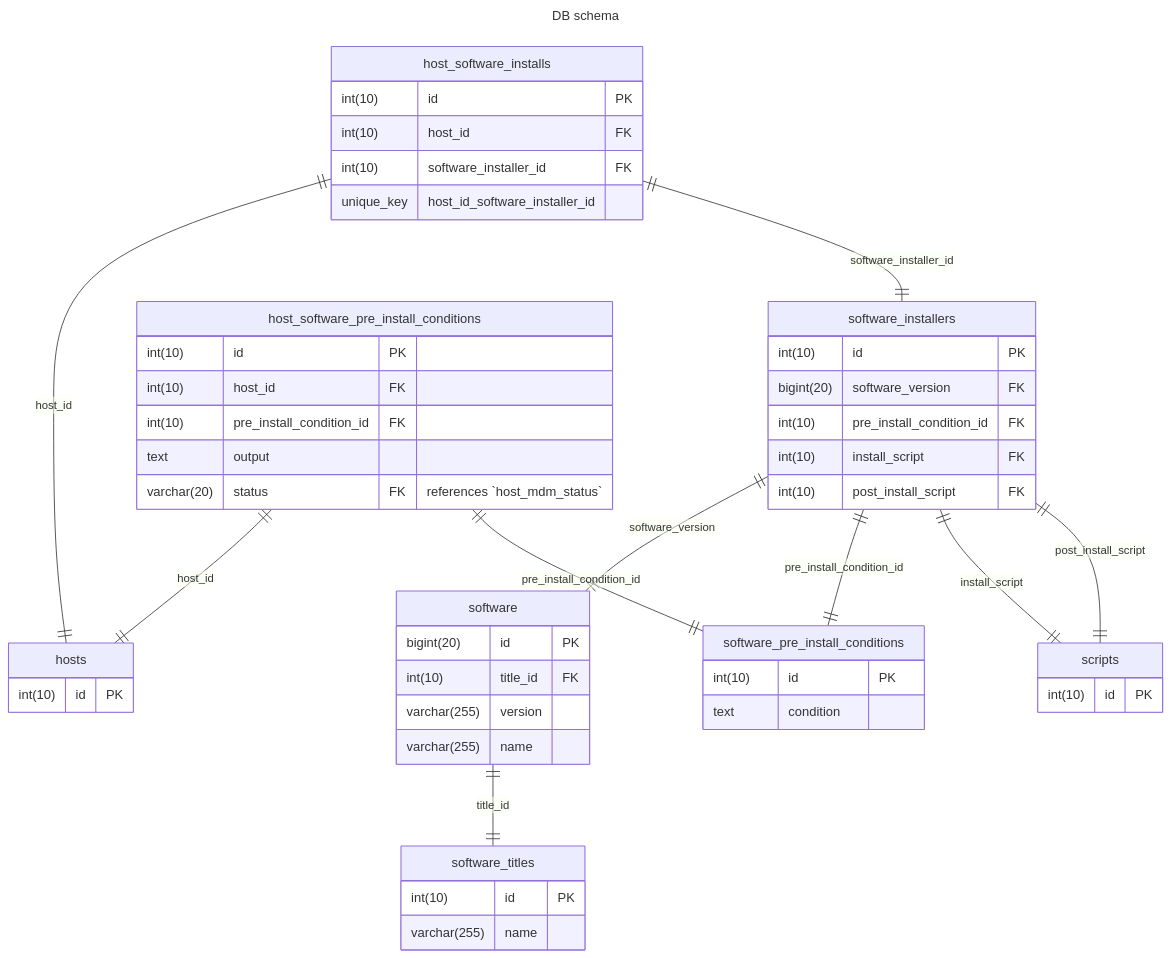
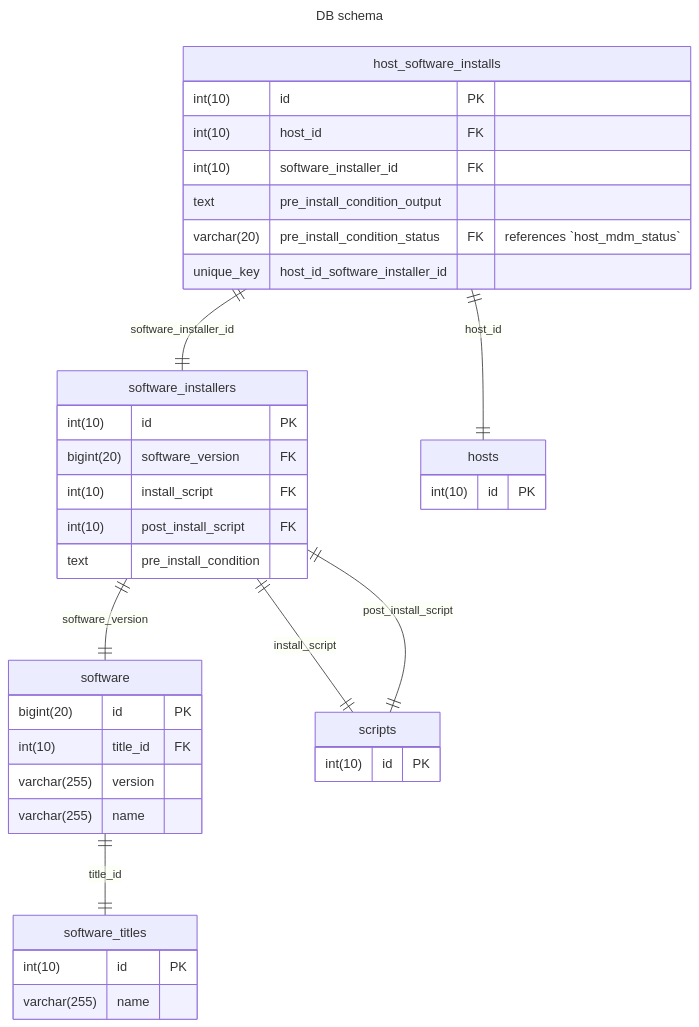
The second of 2 diagrams in docs/Contributing/research/mdm/software-manage-lifecycle.md (fleetdm/fleet), drawn with Mermaid before and after one commit.

````diff
--- a/docs/Contributing/research/mdm/software-manage-lifecycle.md
+++ b/docs/Contributing/research/mdm/software-manage-lifecycle.md
@@ -39,63 +39,49 @@
 ```mermaid
 ---
 title: DB schema
 ---
 erDiagram
   software_installers ||--|| software : "software_version"
-  software_installers ||--|| software_pre_install_conditions : "pre_install_condition_id"
   software_installers ||--|| scripts : "install_script"
   software_installers ||--|| scripts : "post_install_script"
   software_installers {
     int(10) id PK
     bigint(20) software_version FK
-    int(10) pre_install_condition_id FK
     int(10) install_script FK
     int(10) post_install_script FK
-  }
-
-  software_pre_install_conditions {
-    int(10) id PK
-    text condition
-  }
-
-  host_software_pre_install_conditions ||--|| hosts : "host_id"
-  host_software_pre_install_conditions ||--|| software_pre_install_conditions : "pre_install_condition_id"
-  host_software_pre_install_conditions {
-    int(10) id PK
-    int(10) host_id FK
-    int(10) pre_install_condition_id FK
-    text output
-    varchar(20) status FK "references `host_mdm_status`"
+    text pre_install_condition
   }
 
   host_software_installs ||--|| hosts : "host_id"
   host_software_installs ||--|| software_installers : "software_installer_id"
   host_software_installs {
     int(10) id PK
     int(10) host_id FK
     int(10) software_installer_id FK
+    text pre_install_condition_output
+    varchar(20) pre_install_condition_status FK "references `host_mdm_status`"
 
     unique_key host_id_software_installer_id
   }
 
   scripts {
     int(10) id PK
   }
 
   software ||--|| software_titles : "title_id"
   software {
     bigint(20) id PK 
     int(10) title_id FK
     varchar(255) version
     varchar(255) name
   }
 
   software_titles {
     int(10) id PK
     varchar(255) name
   }
 
   hosts {
     int(10) id PK
   }
 ```
````
